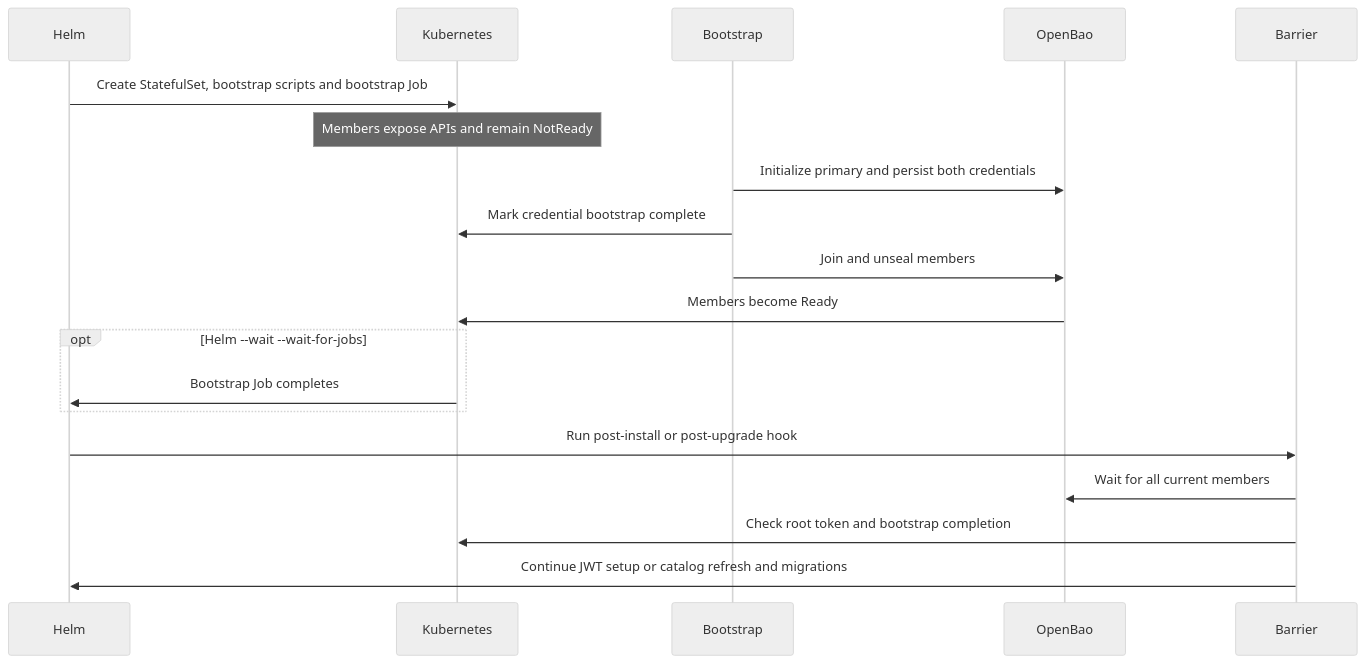
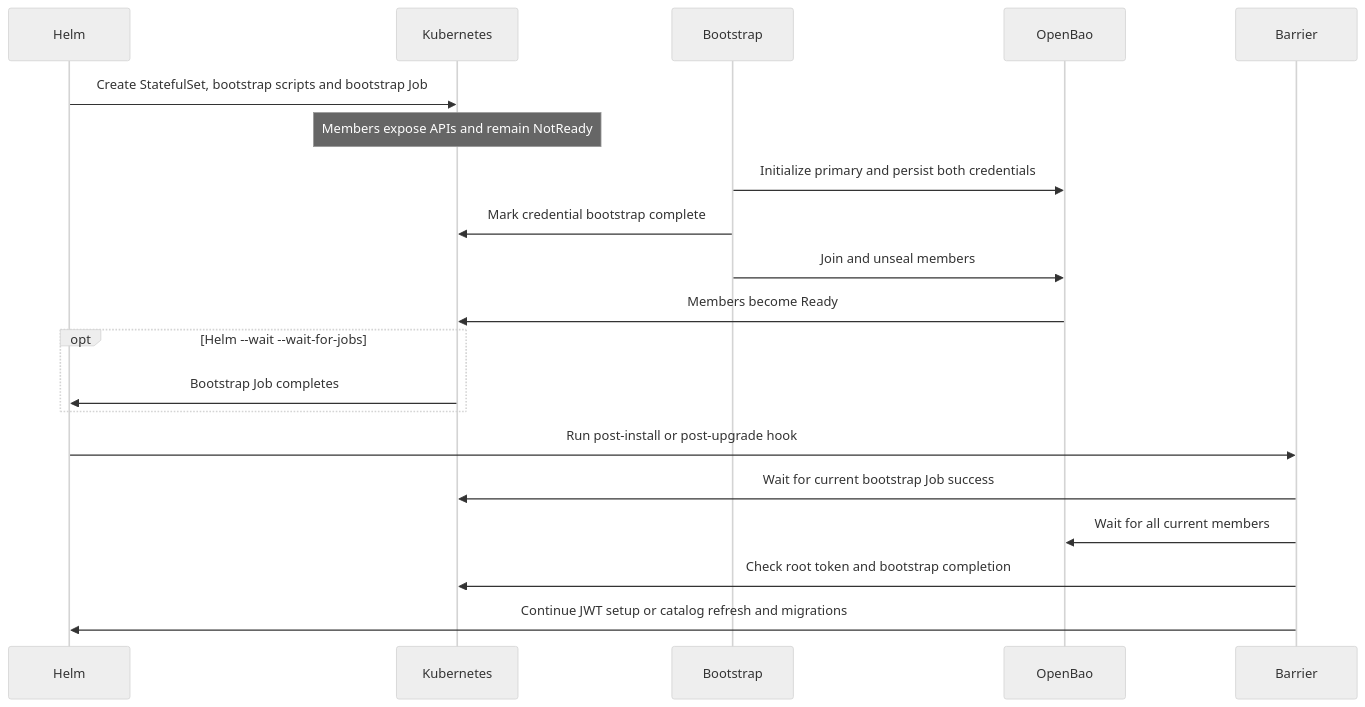
Before and after one commit to andretorresdg/nvcf: the diagram in deploy/helm/openbao/README.md, drawn with Mermaid (neutral theme). The commit also changed other lines of this file and 8 other files, not shown here.

````diff
--- a/deploy/helm/openbao/README.md
+++ b/deploy/helm/openbao/README.md
@@ -40,16 +41,17 @@
 ```mermaid
 sequenceDiagram
     Helm->>Kubernetes: Create StatefulSet, bootstrap scripts and bootstrap Job
     Note over Kubernetes: Members expose APIs and remain NotReady
     Bootstrap->>OpenBao: Initialize primary and persist both credentials
     Bootstrap->>Kubernetes: Mark credential bootstrap complete
     Bootstrap->>OpenBao: Join and unseal members
     OpenBao->>Kubernetes: Members become Ready
     opt Helm --wait --wait-for-jobs
         Kubernetes->>Helm: Bootstrap Job completes
     end
     Helm->>Barrier: Run post-install or post-upgrade hook
+    Barrier->>Kubernetes: Wait for current bootstrap Job success
     Barrier->>OpenBao: Wait for all current members
     Barrier->>Kubernetes: Check root token and bootstrap completion
     Barrier->>Helm: Continue JWT setup or catalog refresh and migrations
 ```
````
